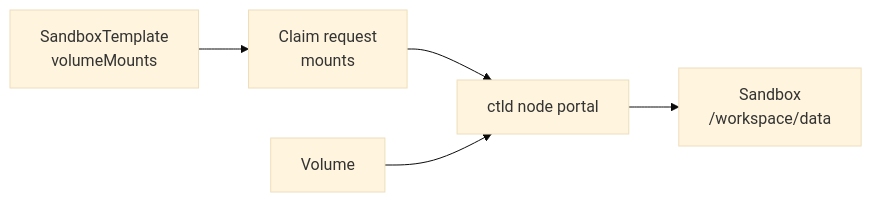
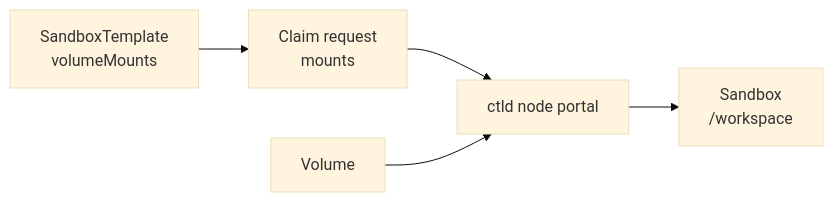
One commit to sandbox0-ai/sandbox0 changed the diagram in docs/volume/mounts/page.mdx. Above: the diagram before and after it, drawn with Mermaid (base theme). The commit also changed other lines of this file and 3 other files, not shown here.

````diff
--- a/docs/volume/mounts/page.mdx
+++ b/docs/volume/mounts/page.mdx
@@ -9,13 +9,13 @@
 ```mermaid
 flowchart LR
     tmpl["SandboxTemplate<br/>volumeMounts"]
     claim["Claim request<br/>mounts"]
     ctld["ctld node portal"]
-    sb["Sandbox<br/>/workspace/data"]
+    sb["Sandbox<br/>/workspace"]
     vol["Volume"]
 
     tmpl --> claim
     claim --> ctld
     ctld --> sb
     vol --> ctld
 ```
````
